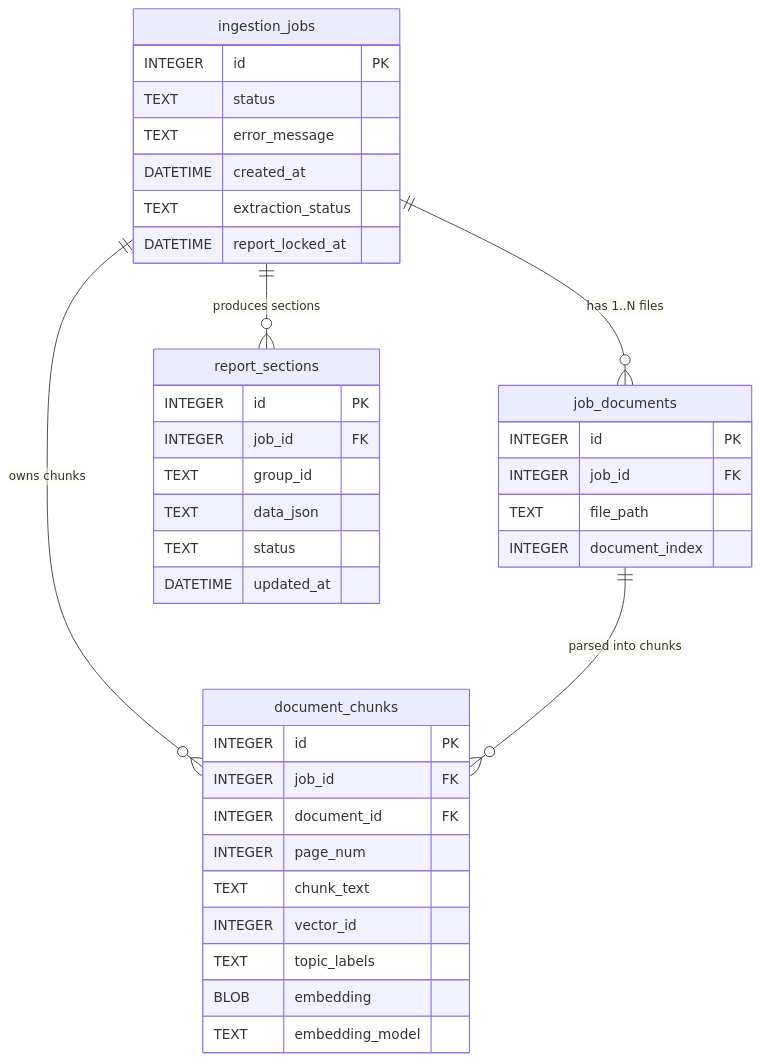
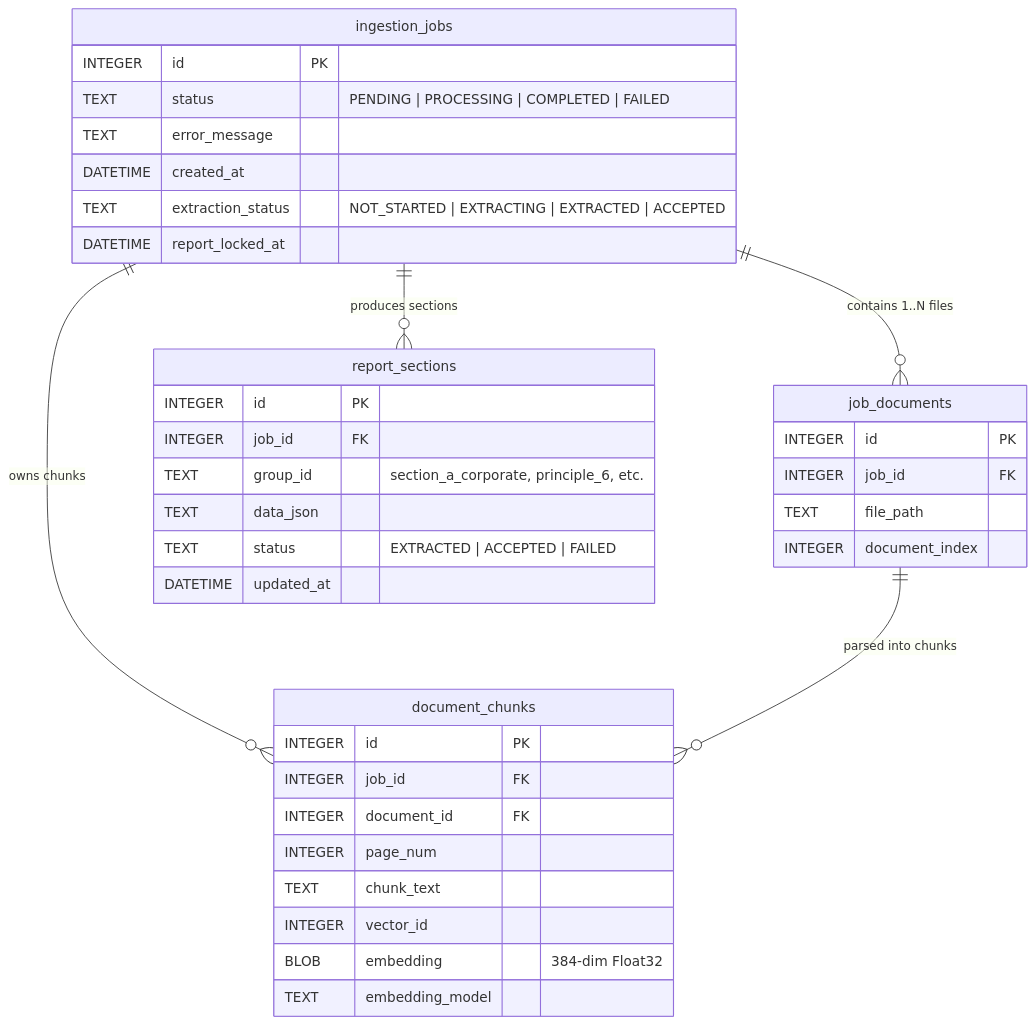
One commit to carbonservices/carbon-engine changed the second of 2 diagrams in README.md. Above: the diagram before and after it, drawn with Mermaid. The commit also changed other lines of this file and 20 other files, not shown here.

````diff
--- a/README.md
+++ b/README.md
@@ -58,44 +138,43 @@
 ```mermaid
 erDiagram
-    ingestion_jobs ||--o{ job_documents : "has 1..N files"
+    ingestion_jobs ||--o{ job_documents : "contains 1..N files"
     ingestion_jobs ||--o{ document_chunks : "owns chunks"
     job_documents ||--o{ document_chunks : "parsed into chunks"
     ingestion_jobs ||--o{ report_sections : "produces sections"
 
     ingestion_jobs {
         INTEGER id PK
-        TEXT status
+        TEXT status "PENDING | PROCESSING | COMPLETED | FAILED"
         TEXT error_message
         DATETIME created_at
-        TEXT extraction_status
+        TEXT extraction_status "NOT_STARTED | EXTRACTING | EXTRACTED | ACCEPTED"
         DATETIME report_locked_at
     }
 
     job_documents {
         INTEGER id PK
         INTEGER job_id FK
         TEXT file_path
         INTEGER document_index
     }
 
     document_chunks {
         INTEGER id PK
         INTEGER job_id FK
         INTEGER document_id FK
         INTEGER page_num
         TEXT chunk_text
         INTEGER vector_id
-        TEXT topic_labels
-        BLOB embedding
+        BLOB embedding "384-dim Float32"
         TEXT embedding_model
     }
 
     report_sections {
         INTEGER id PK
         INTEGER job_id FK
-        TEXT group_id
+        TEXT group_id "section_a_corporate, principle_6, etc."
         TEXT data_json
-        TEXT status
+        TEXT status "EXTRACTED | ACCEPTED | FAILED"
         DATETIME updated_at
     }
 ```
````
